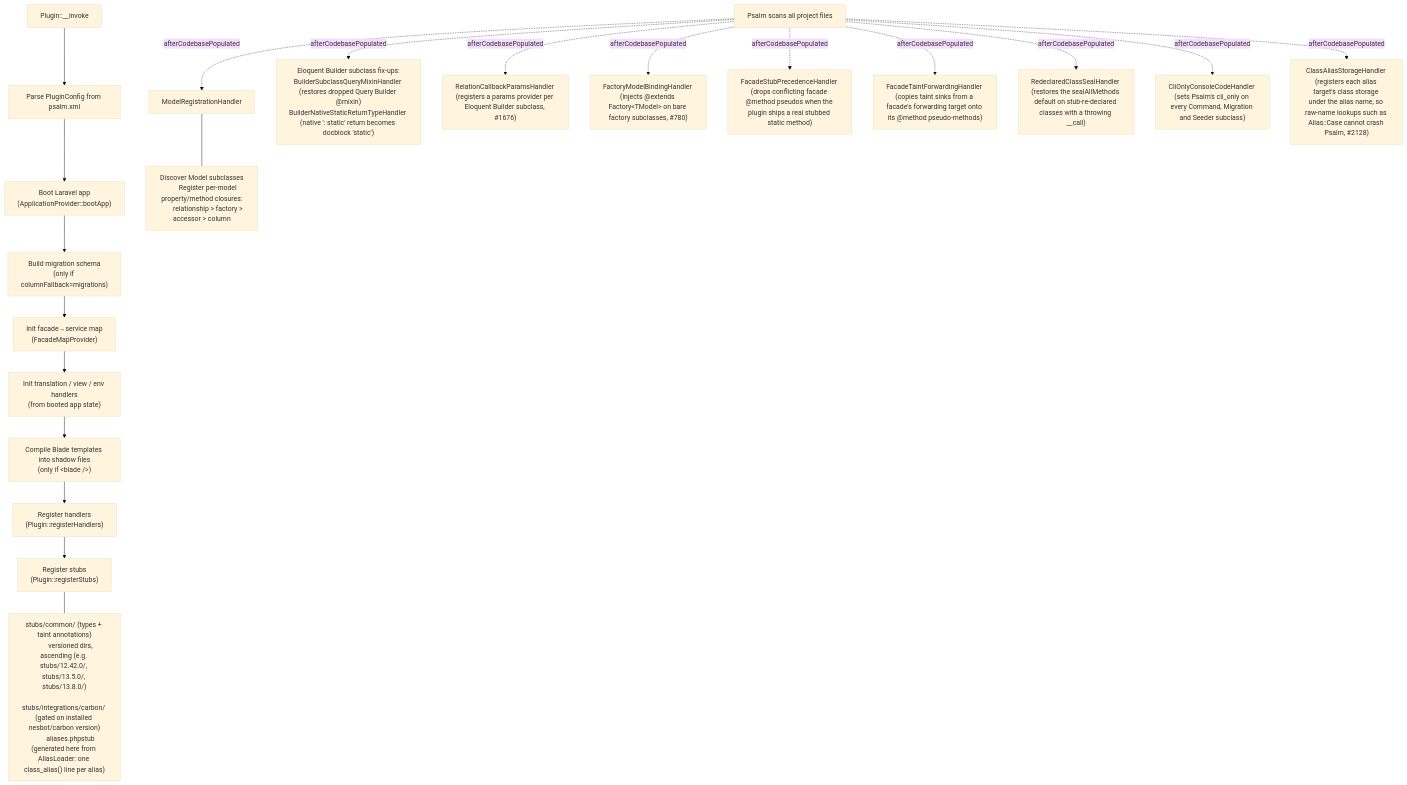
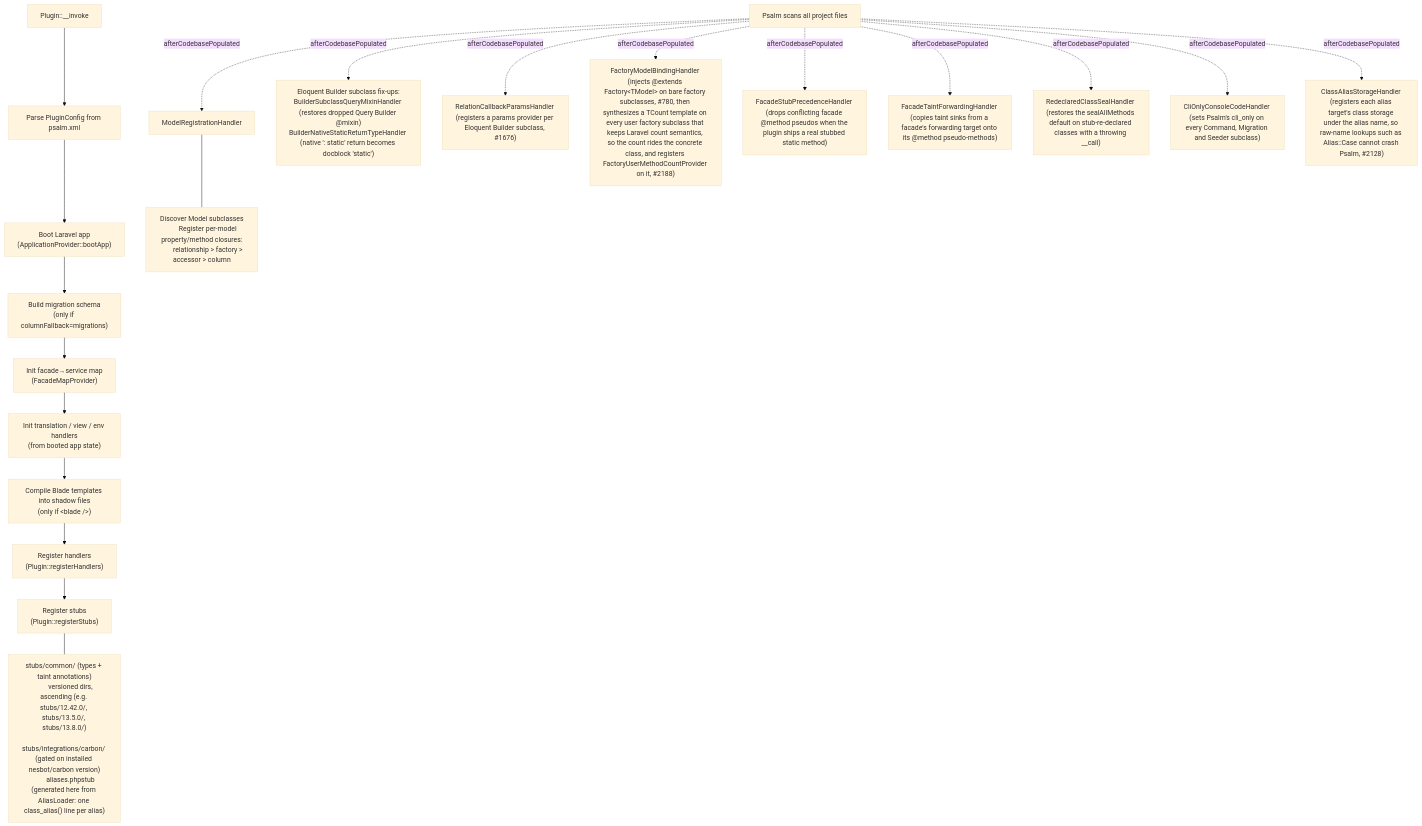
The first of 2 diagrams in docs/contributing/README.md (psalm/psalm-plugin-laravel), drawn with Mermaid (base theme) before and after one commit. The commit also changed 1 other file, not shown here.

Commit message:
docs(factory): record the concrete-class TCount design and its probed dead ends
Refs #2188

````diff
--- a/docs/contributing/README.md
+++ b/docs/contributing/README.md
@@ -19,33 +19,33 @@
 ```mermaid
 flowchart TD
     A["Plugin::__invoke"] --> B["Parse PluginConfig from psalm.xml"]
     B --> C["Boot Laravel app\n(ApplicationProvider::bootApp)"]
     C --> D["Build migration schema\n(only if columnFallback=migrations)"]
     D --> E["Init facade→service map\n(FacadeMapProvider)"]
     E --> F["Init translation / view / env handlers\n(from booted app state)"]
     F --> BL["Compile Blade templates into shadow files\n(only if &lt;blade /&gt;)"]
     BL --> G["Register handlers\n(Plugin::registerHandlers)"]
     G --> H["Register stubs\n(Plugin::registerStubs)"]
 
     H --- stubs["
         stubs/common/ (types + taint annotations)
         versioned dirs, ascending (e.g. stubs/12.42.0/, stubs/13.5.0/, stubs/13.8.0/)
         stubs/integrations/carbon/ (gated on installed nesbot/carbon version)
         aliases.phpstub (generated here from AliasLoader: one class_alias() line per alias)
     "]
 
     I["Psalm scans all project files"] -.->|afterCodebasePopulated| J["ModelRegistrationHandler"]
     I -.->|afterCodebasePopulated| K["Eloquent Builder subclass fix-ups:\nBuilderSubclassQueryMixinHandler (restores dropped Query Builder @mixin)\nBuilderNativeStaticReturnTypeHandler (native ': static' return becomes docblock 'static')"]
     I -.->|afterCodebasePopulated| RCP["RelationCallbackParamsHandler (registers a params provider per Eloquent Builder subclass, #1676)"]
-    I -.->|afterCodebasePopulated| FMB["FactoryModelBindingHandler (injects @extends Factory&lt;TModel&gt; on bare factory subclasses, #780)"]
+    I -.->|afterCodebasePopulated| FMB["FactoryModelBindingHandler (injects @extends Factory&lt;TModel&gt; on bare factory subclasses, #780, then synthesizes a TCount template on every user factory subclass that keeps Laravel count semantics, so the count rides the concrete class, and registers FactoryUserMethodCountProvider on it, #2188)"]
     I -.->|afterCodebasePopulated| FSP["FacadeStubPrecedenceHandler (drops conflicting facade @method pseudos when the plugin ships a real stubbed static method)"]
     I -.->|afterCodebasePopulated| FTF["FacadeTaintForwardingHandler (copies taint sinks from a facade's forwarding target onto its @method pseudo-methods)"]
     I -.->|afterCodebasePopulated| RCS["RedeclaredClassSealHandler (restores the sealAllMethods default on stub-re-declared classes with a throwing __call)"]
     I -.->|afterCodebasePopulated| CLI["CliOnlyConsoleCodeHandler (sets Psalm's cli_only on every Command, Migration and Seeder subclass)"]
     I -.->|afterCodebasePopulated| CAS["ClassAliasStorageHandler (registers each alias target's class storage under the alias name, so raw-name lookups such as Alias::Case cannot crash Psalm, #2128)"]
     J --- models["
         Discover Model subclasses
         Register per-model property/method closures:
         relationship > factory > accessor > column
     "]
 ```
````
